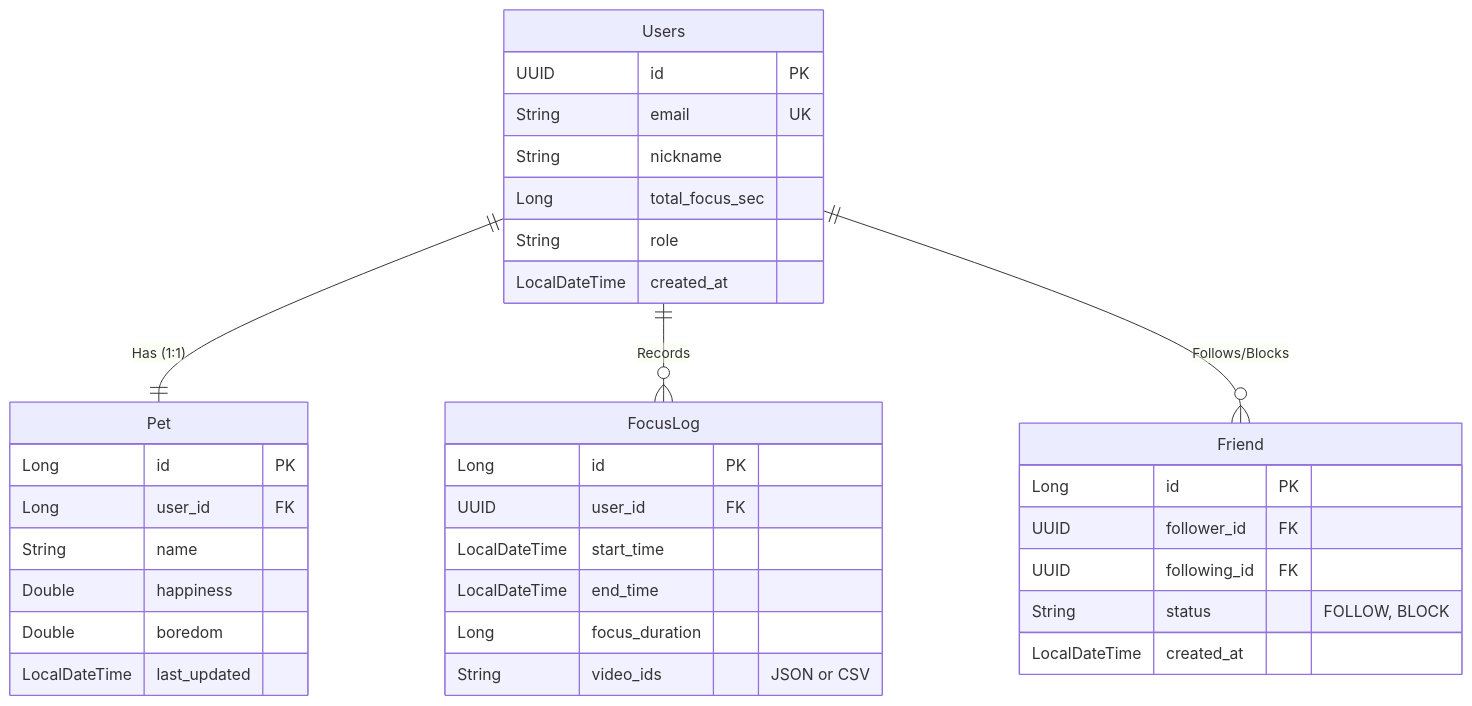
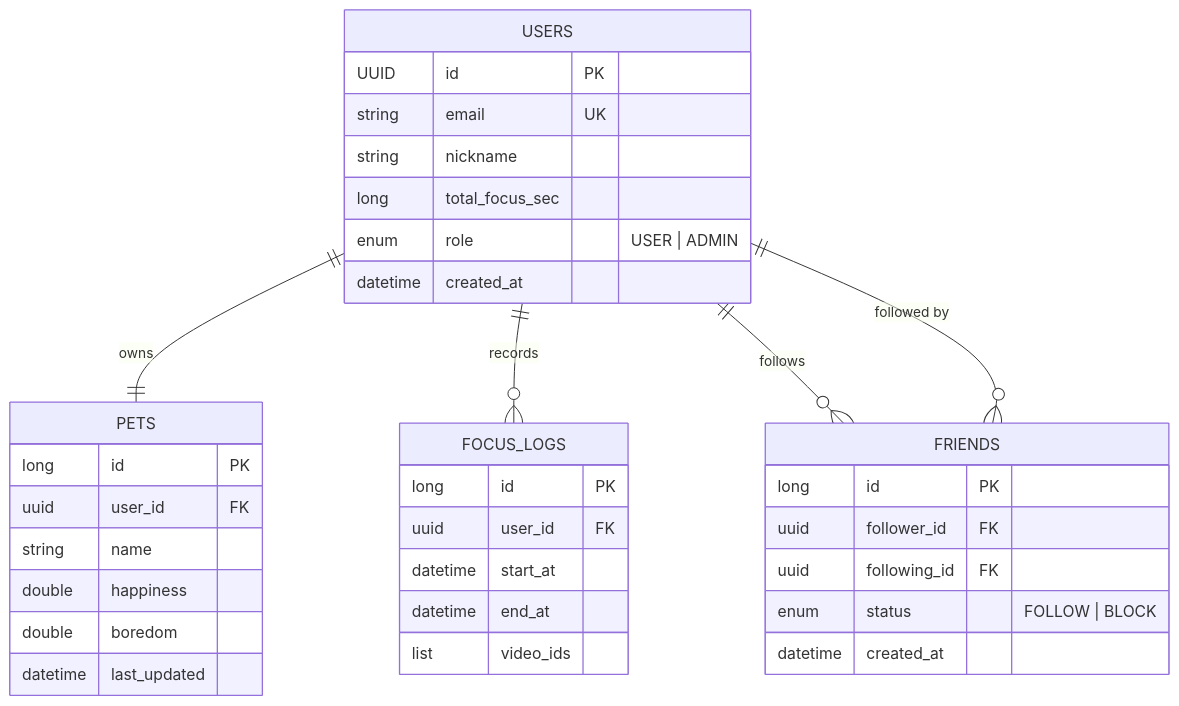
One commit to cksdn1223/Blinky changed the diagram in 기록/10_Backend/03_Database.md. Above: the diagram before and after it, drawn with Mermaid. The commit also changed other lines of this file and 8 other files, not shown here.

````diff
--- a/기록/10_Backend/03_Database.md
+++ b/기록/10_Backend/03_Database.md
@@ -5,41 +5,41 @@
 ```mermaid
 erDiagram
-    Users ||--|| Pet : "Has (1:1)"
-    Users ||--o{ FocusLog : "Records"
-    Users ||--o{ Friend : "Follows/Blocks"
+    USERS ||--|| PETS : "owns"
+    USERS ||--o{ FOCUS_LOGS : "records"
+    USERS ||--o{ FRIENDS : "follows"
+    USERS ||--o{ FRIENDS : "followed by"
 
-    Users {
+    USERS {
         UUID id PK
-        String email UK
-        String nickname
-        Long total_focus_sec
-        String role
-        LocalDateTime created_at
+        string email UK
+        string nickname
+        long total_focus_sec
+        enum role "USER | ADMIN"
+        datetime created_at
     }
 
-    Pet {
-        Long id PK
-        Long user_id FK
-        String name
-        Double happiness
-        Double boredom
-        LocalDateTime last_updated
+    PETS {
+        long id PK
+        uuid user_id FK
+        string name
+        double happiness
+        double boredom
+        datetime last_updated
     }
 
-    FocusLog {
-        Long id PK
-        UUID user_id FK
-        LocalDateTime start_time
-        LocalDateTime end_time
-        Long focus_duration
-        String video_ids "JSON or CSV"
+    FOCUS_LOGS {
+        long id PK
+        uuid user_id FK
+        datetime start_at
+        datetime end_at
+        list video_ids
     }
 
-    Friend {
-        Long id PK
-        UUID follower_id FK
-        UUID following_id FK
-        String status "FOLLOW, BLOCK"
-        LocalDateTime created_at
+    FRIENDS {
+        long id PK
+        uuid follower_id FK
+        uuid following_id FK
+        enum status "FOLLOW | BLOCK"
+        datetime created_at
     }
 ```
````
